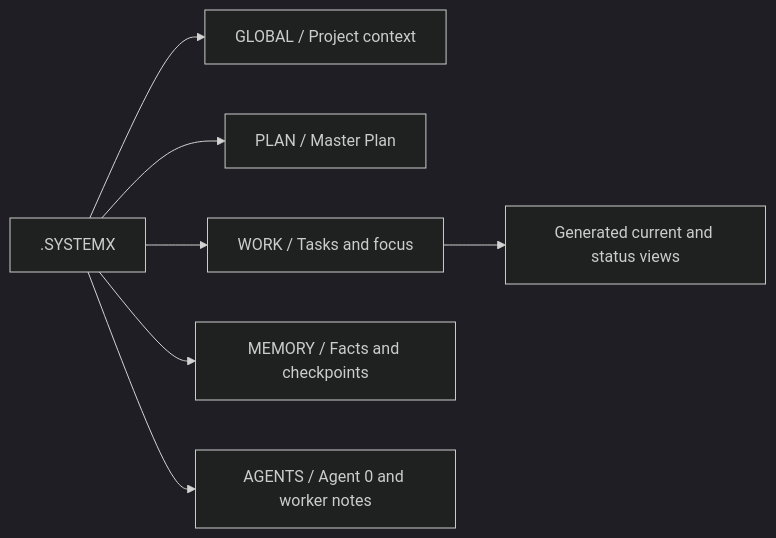
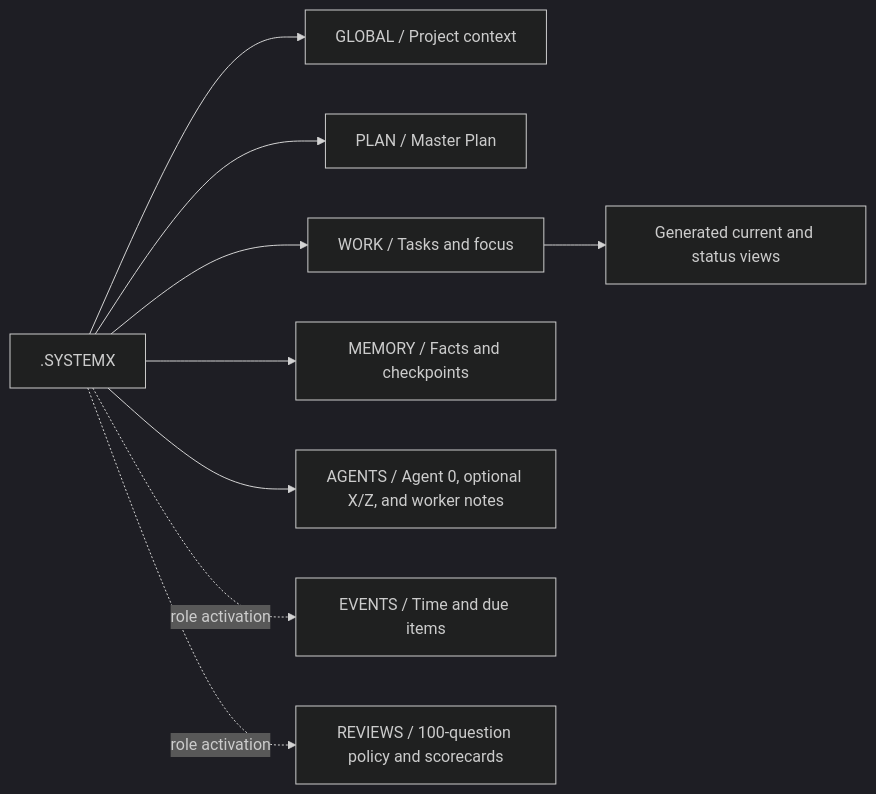
One commit to WayneTechLab/dotSYSTEMX changed the diagram in README.md. Above: the diagram before and after it, drawn with Mermaid (dark theme). The commit also changed other lines of this file and 33 other files, not shown here.

````diff
--- a/README.md
+++ b/README.md
@@ -86,9 +89,11 @@
 ```mermaid
 flowchart LR
     Root[".SYSTEMX"] --> Context["GLOBAL / Project context"]
     Root --> Plan["PLAN / Master Plan"]
     Root --> Work["WORK / Tasks and focus"]
     Root --> Memory["MEMORY / Facts and checkpoints"]
-    Root --> Agents["AGENTS / Agent 0 and worker notes"]
+    Root --> Agents["AGENTS / Agent 0, optional X/Z, and worker notes"]
+    Root -. role activation .-> Events["EVENTS / Time and due items"]
+    Root -. role activation .-> Reviews["REVIEWS / 100-question policy and scorecards"]
     Work --> Views["Generated current and status views"]
 ```
````
